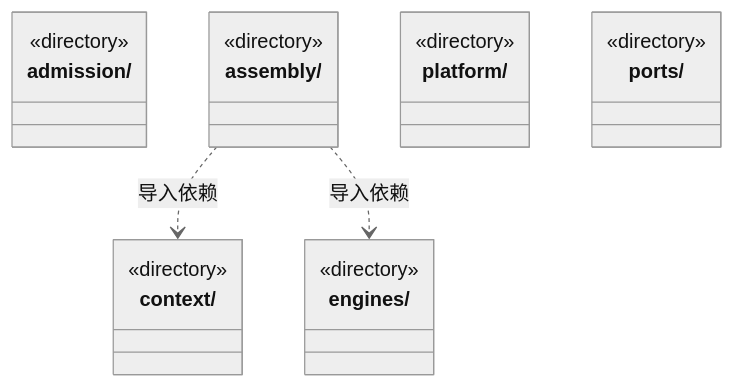
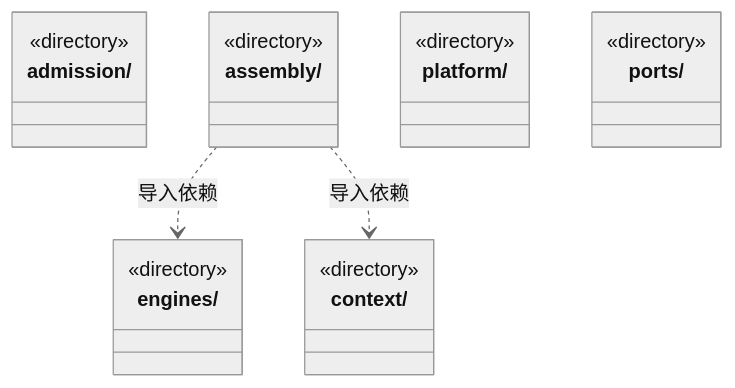
The first of 2 diagrams in src/logic/execution/ARCHITECTURE.md (nan023062/cbim), drawn with Mermaid (neutral theme) before and after one commit. The commit also changed other lines of this file and 30 other files, not shown here.

````diff
--- a/src/logic/execution/ARCHITECTURE.md
+++ b/src/logic/execution/ARCHITECTURE.md
@@ -15,23 +15,23 @@
 ```mermaid
 classDiagram
 class N_src_logic_execution_admission["admission/"] {
   <<directory>>
 }
 class N_src_logic_execution_assembly["assembly/"] {
   <<directory>>
 }
 class N_src_logic_execution_context["context/"] {
   <<directory>>
 }
 class N_src_logic_execution_engines["engines/"] {
   <<directory>>
 }
 class N_src_logic_execution_platform["platform/"] {
   <<directory>>
 }
 class N_src_logic_execution_ports["ports/"] {
   <<directory>>
 }
+N_src_logic_execution_assembly ..> N_src_logic_execution_engines : 导入依赖
 N_src_logic_execution_assembly ..> N_src_logic_execution_context : 导入依赖
-N_src_logic_execution_assembly ..> N_src_logic_execution_engines : 导入依赖
 ```
````
